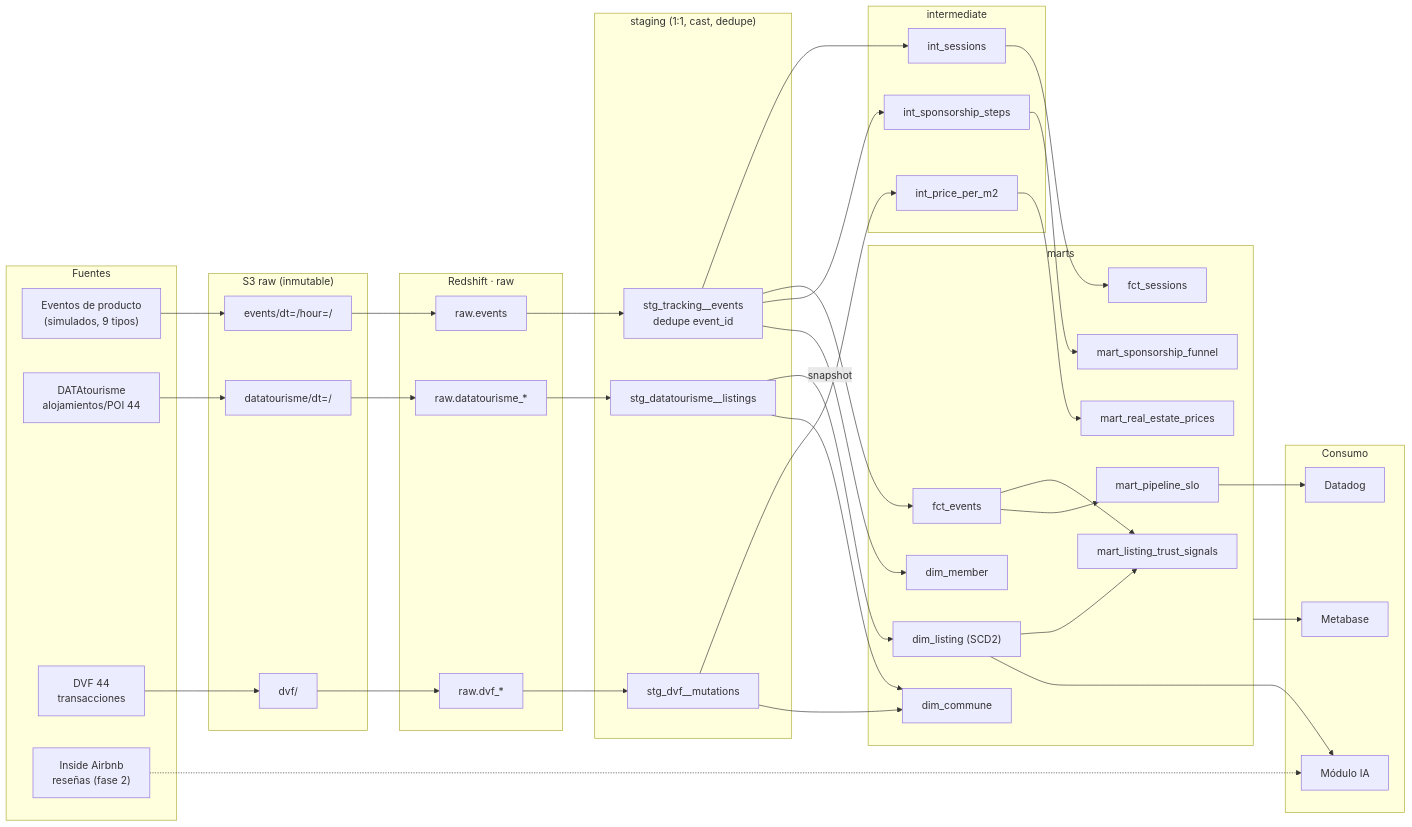
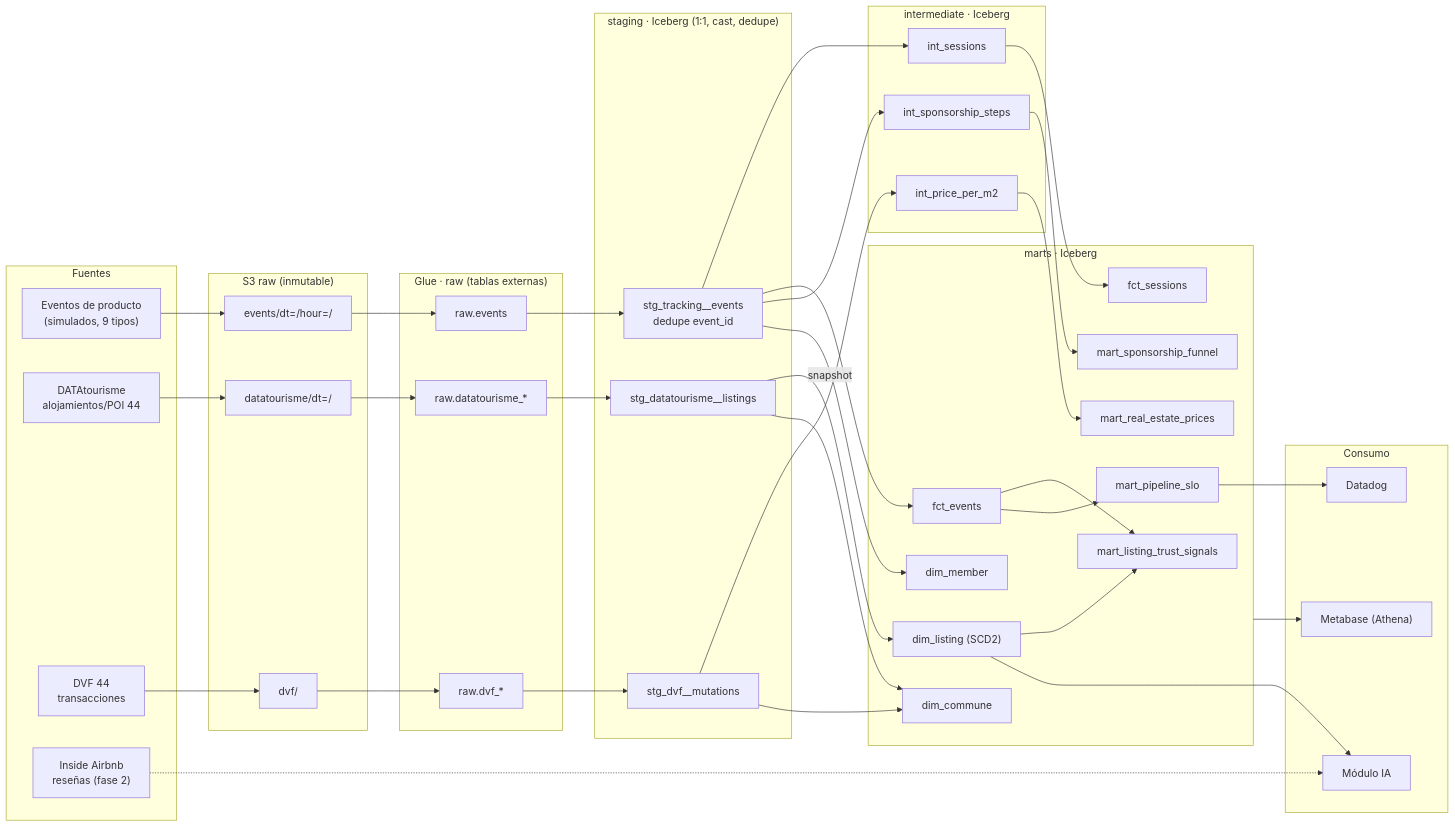
The first of 3 diagrams in docs/architecture/data-flow.md (javiladino/trueflow), drawn with Mermaid before and after one commit. The commit also changed other lines of this file and 10 other files, not shown here.

Commit message:
docs: adopt S3 lakehouse architecture (ADR 0001) and align CLAUDE.md with design-memory

````diff
--- a/docs/architecture/data-flow.md
+++ b/docs/architecture/data-flow.md
@@ -7,72 +8,72 @@
 ```mermaid
 flowchart LR
     subgraph src["Fuentes"]
         E["Eventos de producto<br/>(simulados, 9 tipos)"]
         D["DATAtourisme<br/>alojamientos/POI 44"]
         V["DVF 44<br/>transacciones"]
         R["Inside Airbnb<br/>reseñas (fase 2)"]
     end
 
     subgraph s3["S3 raw (inmutable)"]
         S3E["events/dt=/hour=/"]
         S3D["datatourisme/dt=/"]
         S3V["dvf/"]
     end
 
-    subgraph rawschema["Redshift · raw"]
+    subgraph rawschema["Glue · raw (tablas externas)"]
         RE["raw.events"]
         RD["raw.datatourisme_*"]
         RV["raw.dvf_*"]
     end
 
-    subgraph stg["staging (1:1, cast, dedupe)"]
+    subgraph stg["staging · Iceberg (1:1, cast, dedupe)"]
         SE["stg_tracking__events<br/>dedupe event_id"]
         SD["stg_datatourisme__listings"]
         SV["stg_dvf__mutations"]
     end
 
-    subgraph int["intermediate"]
+    subgraph int["intermediate · Iceberg"]
         IS["int_sessions"]
         IF["int_sponsorship_steps"]
         IP["int_price_per_m2"]
     end
 
-    subgraph marts["marts"]
+    subgraph marts["marts · Iceberg"]
         FE["fct_events"]
         FS["fct_sessions"]
         DL["dim_listing (SCD2)"]
         DM["dim_member"]
         DC["dim_commune"]
         MF["mart_sponsorship_funnel"]
         MT["mart_listing_trust_signals"]
         MP["mart_real_estate_prices"]
         MS["mart_pipeline_slo"]
     end
 
     subgraph use["Consumo"]
-        MBS["Metabase"]
+        MBS["Metabase (Athena)"]
         AI["Módulo IA"]
         DDS["Datadog"]
     end
 
     E --> S3E --> RE --> SE
     D --> S3D --> RD --> SD
     V --> S3V --> RV --> SV
     R -.-> AI
 
     SE --> IS --> FS
     SE --> FE
     SE --> IF --> MF
     SE --> DM
     SD -->|snapshot| DL
     SD --> DC
     SV --> IP --> MP
     SV --> DC
     DL --> MT
     FE --> MT
     FE --> MS
 
     marts --> MBS
     DL --> AI
     MS --> DDS
 ```
````
